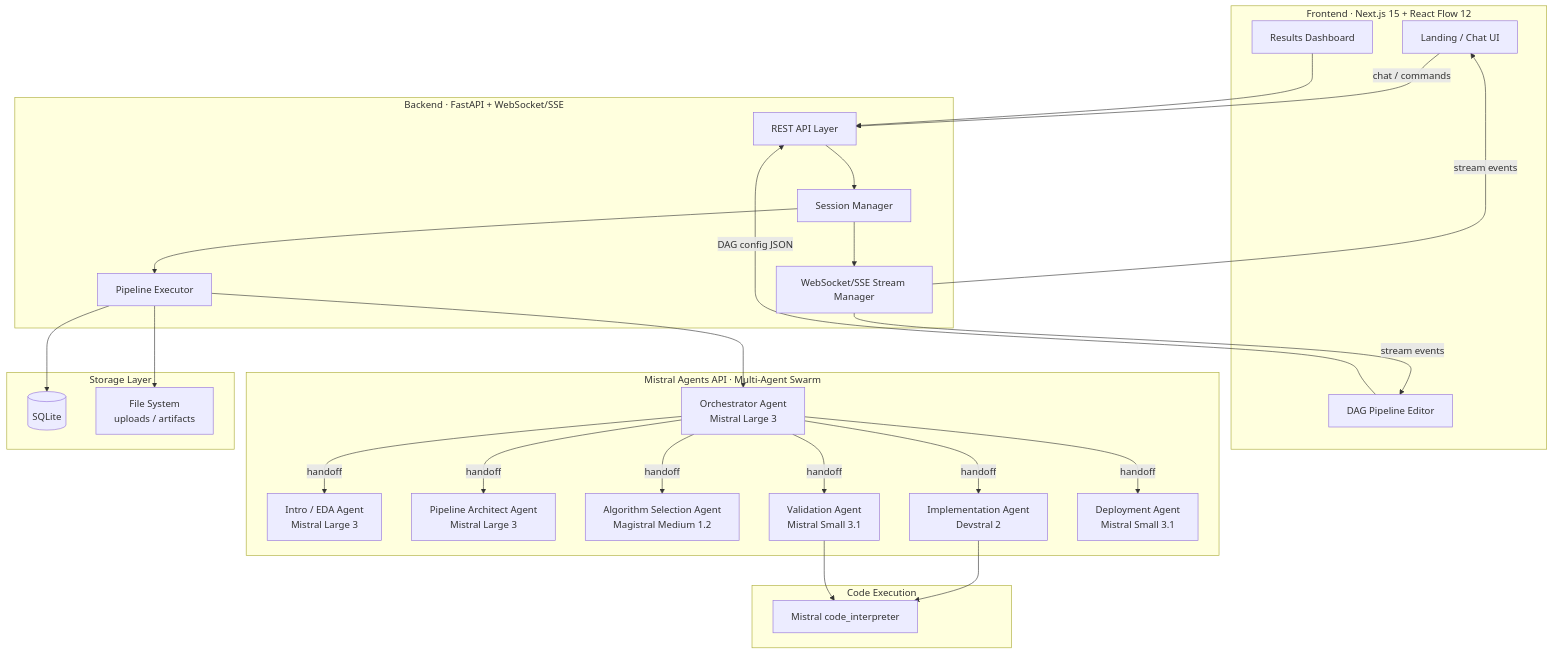
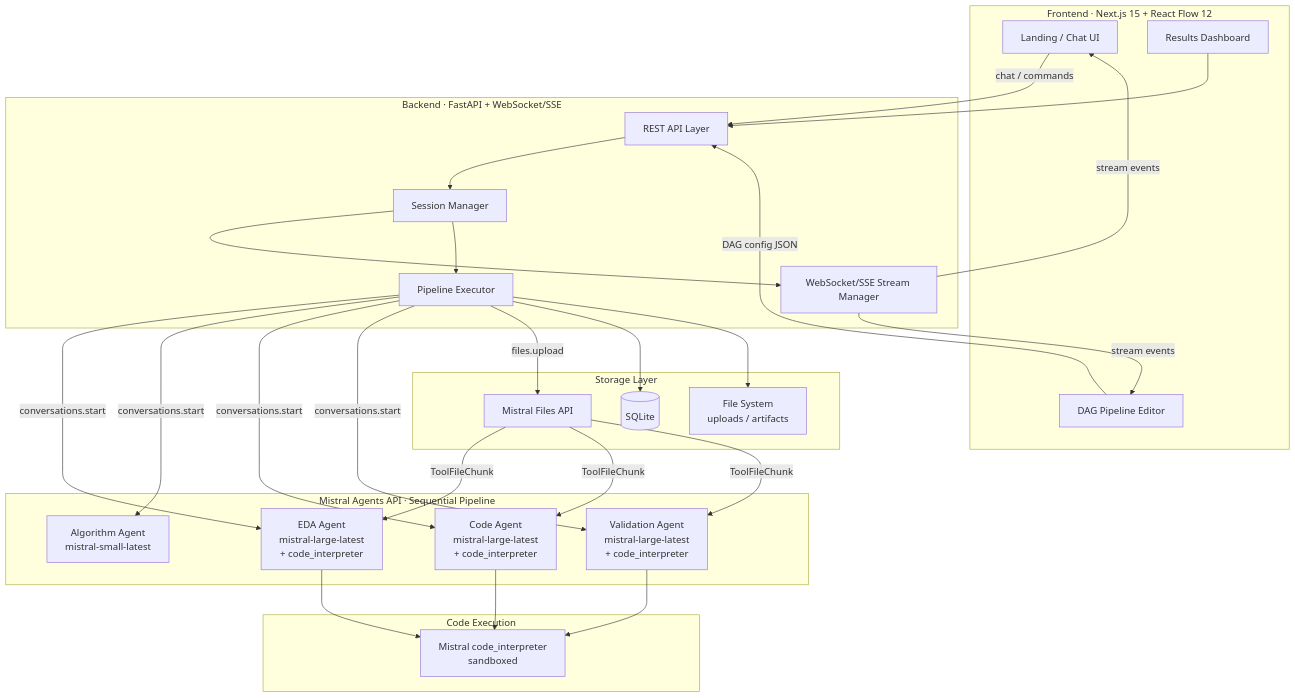
Before and after one commit to Kacper0199/anomalistral: the first of 2 diagrams in ANOMALISTRAL_PLAN.md, drawn with Mermaid. The commit also changed other lines of this file and 4 other files, not shown here.

````diff
--- a/ANOMALISTRAL_PLAN.md
+++ b/ANOMALISTRAL_PLAN.md
@@ -25,54 +25,54 @@
 ```mermaid
 graph TB
     subgraph Frontend["Frontend · Next.js 15 + React Flow 12"]
         UI[Landing / Chat UI]
         DAG[DAG Pipeline Editor]
         DASH[Results Dashboard]
     end
 
     subgraph Backend["Backend · FastAPI + WebSocket/SSE"]
         API[REST API Layer]
         WS[WebSocket/SSE Stream Manager]
         SM[Session Manager]
         EXEC[Pipeline Executor]
     end
 
-    subgraph Agents["Mistral Agents API · Multi-Agent Swarm"]
-        ORC[Orchestrator Agent<br/>Mistral Large 3]
-        INTRO[Intro / EDA Agent<br/>Mistral Large 3]
-        ARCH[Pipeline Architect Agent<br/>Mistral Large 3]
-        ALGO[Algorithm Selection Agent<br/>Magistral Medium 1.2]
-        CODE[Implementation Agent<br/>Devstral 2]
-        VAL[Validation Agent<br/>Mistral Small 3.1]
-        DEPLOY[Deployment Agent<br/>Mistral Small 3.1]
+    subgraph Agents["Mistral Agents API · Sequential Pipeline"]
+        EDA_A[EDA Agent<br/>mistral-large-latest<br/>+ code_interpreter]
+        ALGO_A[Algorithm Agent<br/>mistral-small-latest]
+        CODE_A[Code Agent<br/>mistral-large-latest<br/>+ code_interpreter]
+        VAL_A[Validation Agent<br/>mistral-large-latest<br/>+ code_interpreter]
     end
 
     subgraph Storage["Storage Layer"]
         DB[(SQLite)]
         FS[File System<br/>uploads / artifacts]
+        MF[Mistral Files API]
     end
 
     subgraph Execution["Code Execution"]
-        CI[Mistral code_interpreter]
+        CI[Mistral code_interpreter<br/>sandboxed]
     end
 
     UI -->|chat / commands| API
     DAG -->|DAG config JSON| API
     API --> SM
     SM --> WS
     WS -->|stream events| UI
     WS -->|stream events| DAG
     SM --> EXEC
-    EXEC --> ORC
-    ORC -->|handoff| INTRO
-    ORC -->|handoff| ARCH
-    ORC -->|handoff| ALGO
-    ORC -->|handoff| CODE
-    ORC -->|handoff| VAL
-    ORC -->|handoff| DEPLOY
-    CODE --> CI
-    VAL --> CI
+    EXEC -->|conversations.start| EDA_A
+    EXEC -->|conversations.start| ALGO_A
+    EXEC -->|conversations.start| CODE_A
+    EXEC -->|conversations.start| VAL_A
+    EDA_A --> CI
+    CODE_A --> CI
+    VAL_A --> CI
+    EXEC -->|files.upload| MF
+    MF -->|ToolFileChunk| EDA_A
+    MF -->|ToolFileChunk| CODE_A
+    MF -->|ToolFileChunk| VAL_A
     EXEC --> DB
     EXEC --> FS
     DASH --> API
 ```
````
